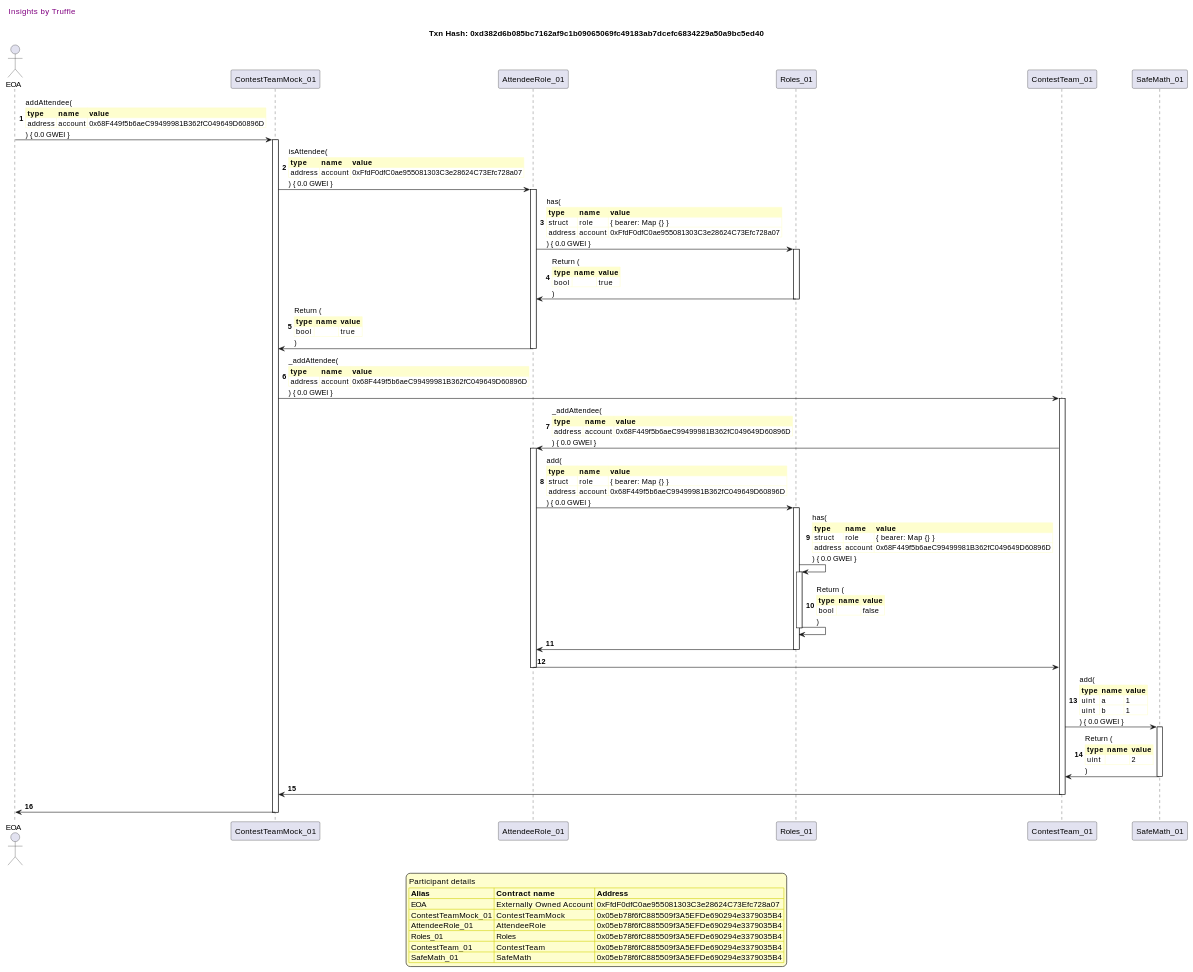
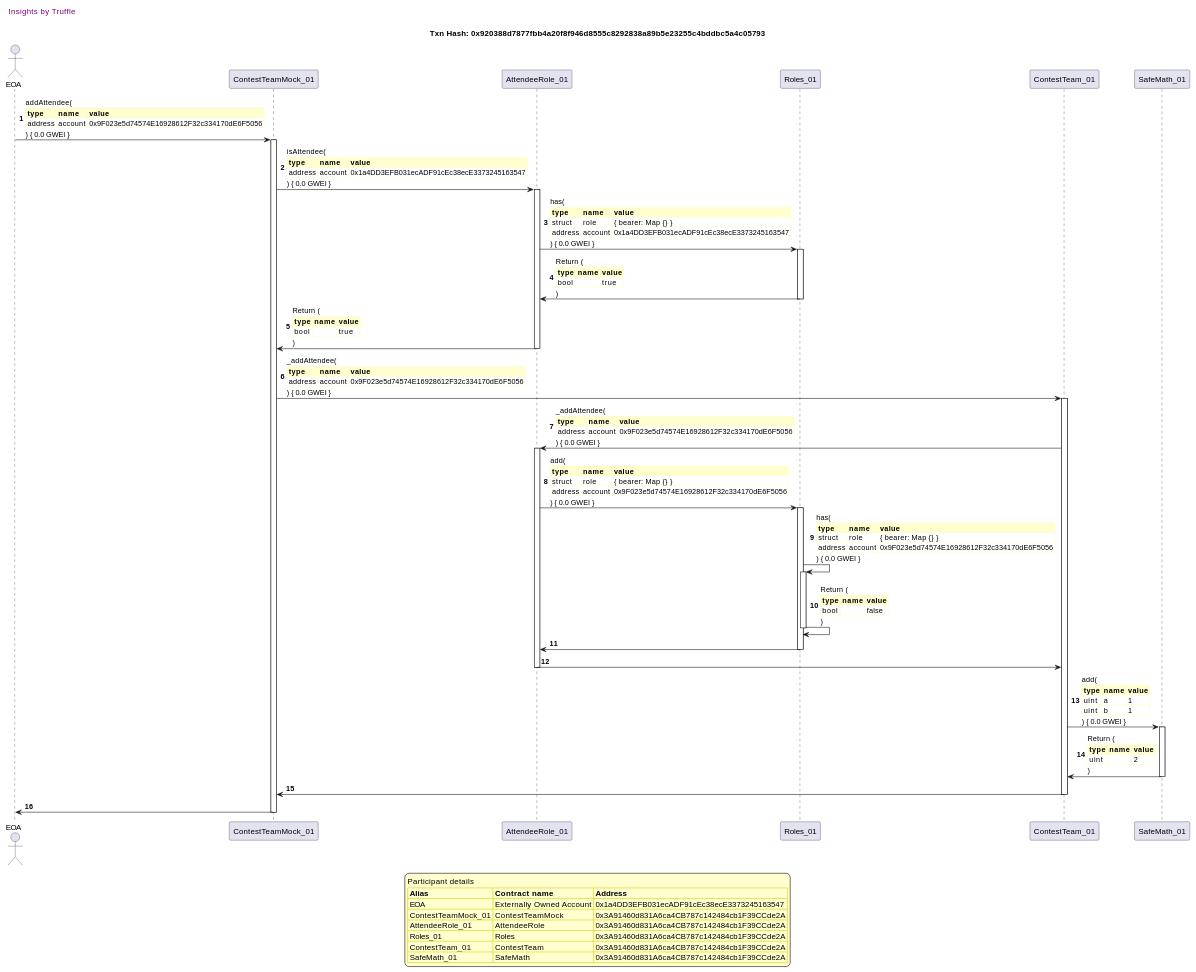
Before and after one commit to fodisi/hackapay: diagram 15 of 50 in truffle-seq/core_contestteam.md, drawn with PlantUML. The commit also changed other lines of this file and 10 other files, not shown here.

```diff
--- a/truffle-seq/core_contestteam.md
+++ b/truffle-seq/core_contestteam.md
@@ -1273,7 +1268,7 @@
 
 header Insights by Truffle
 
-title Txn Hash: 0xd382d6b085bc7162af9c1b09065069fc49183ab7dcefc6834229a50a9bc5ed40
+title Txn Hash: 0x920388d7877fbb4a20f8f946d8555c8292838a89b5e23255c4bddbc5a4c05793
 
 
 actor EOA as "EOA"
@@ -1285,16 +1280,16 @@
 
 "EOA" -> "ContestTeamMock_01" ++: addAttendee(\n\
 <#FEFECE,#FEFECE>|= type |= name |= value |\n\
-| address | account | 0x68F449f5b6aeC99499981B362fC049649D60896D |\n\
+| address | account | 0x9F023e5d74574E16928612F32c334170dE6F5056 |\n\
 ) { 0.0 GWEI }
 "ContestTeamMock_01" -> "AttendeeRole_01" ++: isAttendee(\n\
 <#FEFECE,#FEFECE>|= type |= name |= value |\n\
-| address | account | 0xFfdF0dfC0ae955081303C3e28624C73Efc728a07 |\n\
+| address | account | 0x1a4DD3EFB031ecADF91cEc38ecE3373245163547 |\n\
 ) { 0.0 GWEI }
 "AttendeeRole_01" -> "Roles_01" ++: has(\n\
 <#FEFECE,#FEFECE>|= type |= name |= value |\n\
 | struct | role | { bearer: Map {} } |\n\
-| address | account | 0xFfdF0dfC0ae955081303C3e28624C73Efc728a07 |\n\
+| address | account | 0x1a4DD3EFB031ecADF91cEc38ecE3373245163547 |\n\
 ) { 0.0 GWEI }
 "Roles_01" -> "AttendeeRole_01" --: Return (\n\
 <#FEFECE,#FEFECE>|= type |= name |= value |\n\
@@ -1306,21 +1301,21 @@
 )
 "ContestTeamMock_01" -> "ContestTeam_01" ++: _addAttendee(\n\
 <#FEFECE,#FEFECE>|= type |= name |= value |\n\
-| address | account | 0x68F449f5b6aeC99499981B362fC049649D60896D |\n\
+| address | account | 0x9F023e5d74574E16928612F32c334170dE6F5056 |\n\
 ) { 0.0 GWEI }
 "ContestTeam_01" -> "AttendeeRole_01" ++: _addAttendee(\n\
 <#FEFECE,#FEFECE>|= type |= name |= value |\n\
-| address | account | 0x68F449f5b6aeC99499981B362fC049649D60896D |\n\
+| address | account | 0x9F023e5d74574E16928612F32c334170dE6F5056 |\n\
 ) { 0.0 GWEI }
 "AttendeeRole_01" -> "Roles_01" ++: add(\n\
 <#FEFECE,#FEFECE>|= type |= name |= value |\n\
 | struct | role | { bearer: Map {} } |\n\
-| address | account | 0x68F449f5b6aeC99499981B362fC049649D60896D |\n\
+| address | account | 0x9F023e5d74574E16928612F32c334170dE6F5056 |\n\
 ) { 0.0 GWEI }
 "Roles_01" -> "Roles_01" ++: has(\n\
 <#FEFECE,#FEFECE>|= type |= name |= value |\n\
 | struct | role | { bearer: Map {} } |\n\
-| address | account | 0x68F449f5b6aeC99499981B362fC049649D60896D |\n\
+| address | account | 0x9F023e5d74574E16928612F32c334170dE6F5056 |\n\
 ) { 0.0 GWEI }
 "Roles_01" -> "Roles_01" --: Return (\n\
 <#FEFECE,#FEFECE>|= type |= name |= value |\n\
@@ -1343,12 +1338,12 @@
 legend
 Participant details
 <#FEFECE,#D0D000>|= Alias |= Contract name |= Address |
-<#FEFECE>| EOA | Externally Owned Account | 0xFfdF0dfC0ae955081303C3e28624C73Efc728a07 |
-<#FEFECE>| ContestTeamMock_01 | ContestTeamMock | 0x05eb78f6fC885509f3A5EFDe690294e3379035B4 |
-<#FEFECE>| AttendeeRole_01 | AttendeeRole | 0x05eb78f6fC885509f3A5EFDe690294e3379035B4 |
-<#FEFECE>| Roles_01 | Roles | 0x05eb78f6fC885509f3A5EFDe690294e3379035B4 |
-<#FEFECE>| ContestTeam_01 | ContestTeam | 0x05eb78f6fC885509f3A5EFDe690294e3379035B4 |
-<#FEFECE>| SafeMath_01 | SafeMath | 0x05eb78f6fC885509f3A5EFDe690294e3379035B4 |
+<#FEFECE>| EOA | Externally Owned Account | 0x1a4DD3EFB031ecADF91cEc38ecE3373245163547 |
+<#FEFECE>| ContestTeamMock_01 | ContestTeamMock | 0x3A91460d831A6ca4CB787c142484cb1F39CCde2A |
+<#FEFECE>| AttendeeRole_01 | AttendeeRole | 0x3A91460d831A6ca4CB787c142484cb1F39CCde2A |
+<#FEFECE>| Roles_01 | Roles | 0x3A91460d831A6ca4CB787c142484cb1F39CCde2A |
+<#FEFECE>| ContestTeam_01 | ContestTeam | 0x3A91460d831A6ca4CB787c142484cb1F39CCde2A |
+<#FEFECE>| SafeMath_01 | SafeMath | 0x3A91460d831A6ca4CB787c142484cb1F39CCde2A |
 endlegend
 
 @enduml
```
